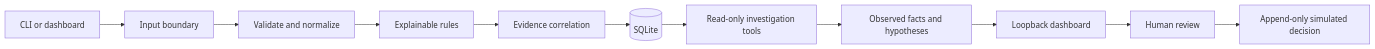
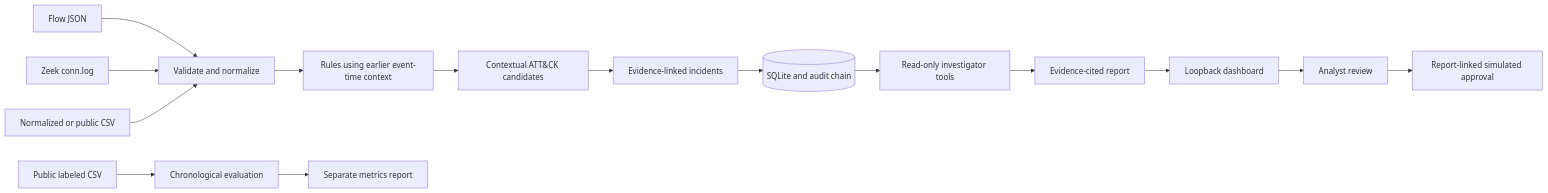
Before and after one commit to nihalmachhi/SentinelMesh: the diagram in docs/architecture.md, drawn with Mermaid. The commit also changed other lines of this file and 11 other files, not shown here.

````diff
--- a/docs/architecture.md
+++ b/docs/architecture.md
@@ -5,13 +5,17 @@
 ```mermaid
 flowchart LR
-    CLI[CLI or dashboard] --> API[Input boundary]
-    API --> ING[Validate and normalize]
-    ING --> DET[Explainable rules]
-    DET --> COR[Evidence correlation]
-    COR --> DB[(SQLite)]
-    DB --> TOOLS[Read-only investigation tools]
-    TOOLS --> REPORT[Observed facts and hypotheses]
+    JSON[Flow JSON] --> VALIDATE[Validate and normalize]
+    ZEEK[Zeek conn.log] --> VALIDATE
+    CSV[Normalized or public CSV] --> VALIDATE
+    VALIDATE --> DETECT[Rules using earlier event-time context]
+    DETECT --> MAP[Contextual ATT&CK candidates]
+    MAP --> CORRELATE[Evidence-linked incidents]
+    CORRELATE --> DB[(SQLite and audit chain)]
+    DB --> TOOLS[Read-only investigator tools]
+    TOOLS --> REPORT[Evidence-cited report]
     REPORT --> UI[Loopback dashboard]
-    UI --> REVIEW[Human review]
-    REVIEW --> AUDIT[Append-only simulated decision]
+    UI --> HUMAN[Analyst review]
+    HUMAN --> APPROVAL[Report-linked simulated approval]
+    PUBLIC[Public labeled CSV] --> EVAL[Chronological evaluation]
+    EVAL --> METRICS[Separate metrics report]
 ```
````
